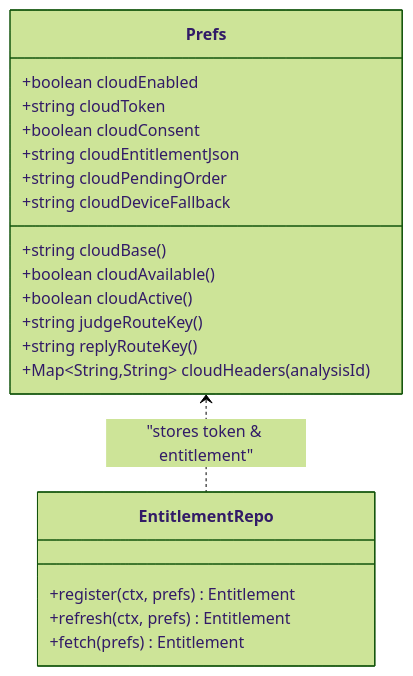
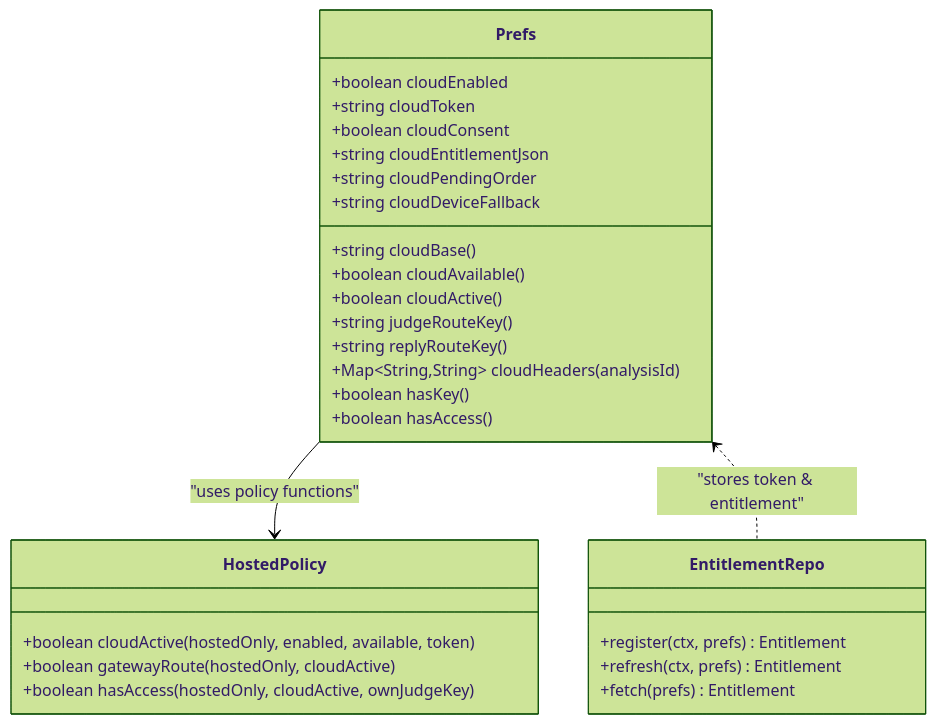
One commit to DeloYong/jev-chat-jarvis changed the eighth of 9 diagrams in .qoder/repowiki/en/content/Configuration Management.md. Above: the diagram before and after it, drawn with Mermaid (forest theme). The commit also changed other lines of this file and 66 other files, not shown here.

````diff
--- a/.qoder/repowiki/en/content/Configuration Management.md
+++ b/.qoder/repowiki/en/content/Configuration Management.md
@@ -370,23 +439,31 @@
 ```mermaid
 classDiagram
 class Prefs {
 +boolean cloudEnabled
 +string cloudToken
 +boolean cloudConsent
 +string cloudEntitlementJson
 +string cloudPendingOrder
 +string cloudDeviceFallback
 +string cloudBase()
 +boolean cloudAvailable()
 +boolean cloudActive()
 +string judgeRouteKey()
 +string replyRouteKey()
 +Map~String,String~ cloudHeaders(analysisId)
++boolean hasKey()
++boolean hasAccess()
+}
+class HostedPolicy {
++boolean cloudActive(hostedOnly, enabled, available, token)
++boolean gatewayRoute(hostedOnly, cloudActive)
++boolean hasAccess(hostedOnly, cloudActive, ownJudgeKey)
 }
 class EntitlementRepo {
 +register(ctx, prefs) Entitlement
 +refresh(ctx, prefs) Entitlement
 +fetch(prefs) Entitlement
 }
+Prefs --> HostedPolicy : "uses policy functions"
 Prefs <.. EntitlementRepo : "stores token & entitlement"
 ```
````
